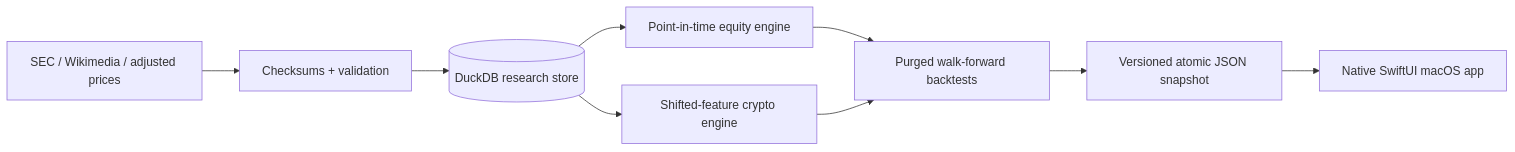
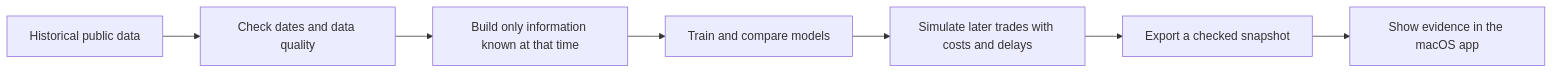
One commit to james8464/nowcaster changed the diagram in README.md. Above: the diagram before and after it, drawn with Mermaid. The commit also changed other lines of this file and 43 other files, not shown here.

````diff
--- a/README.md
+++ b/README.md
@@ -66,11 +42,9 @@
 ```mermaid
 flowchart LR
-    A[SEC / Wikimedia / adjusted prices] --> B[Checksums + validation]
-    B --> C[(DuckDB research store)]
-    C --> D[Point-in-time equity engine]
-    C --> E[Shifted-feature crypto engine]
-    D --> F[Purged walk-forward backtests]
-    E --> F
-    F --> G[Versioned atomic JSON snapshot]
-    G --> H[Native SwiftUI macOS app]
+    A[Historical public data] --> B[Check dates and data quality]
+    B --> C[Build only information known at that time]
+    C --> D[Train and compare models]
+    D --> E[Simulate later trades with costs and delays]
+    E --> F[Export a checked snapshot]
+    F --> G[Show evidence in the macOS app]
 ```
````
